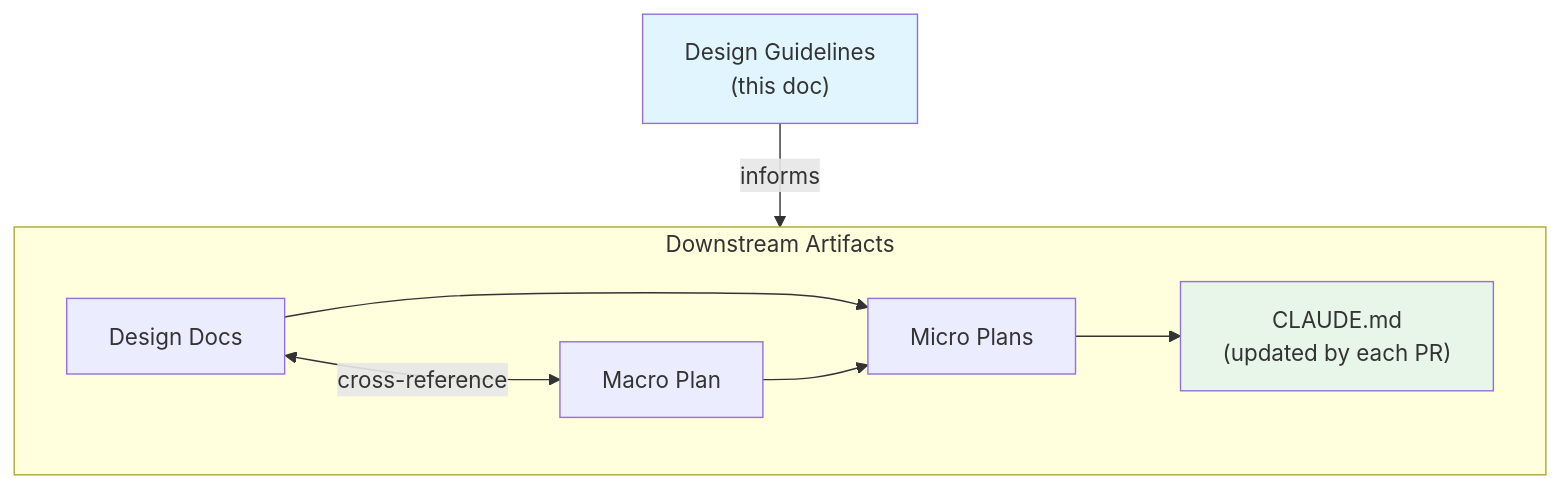
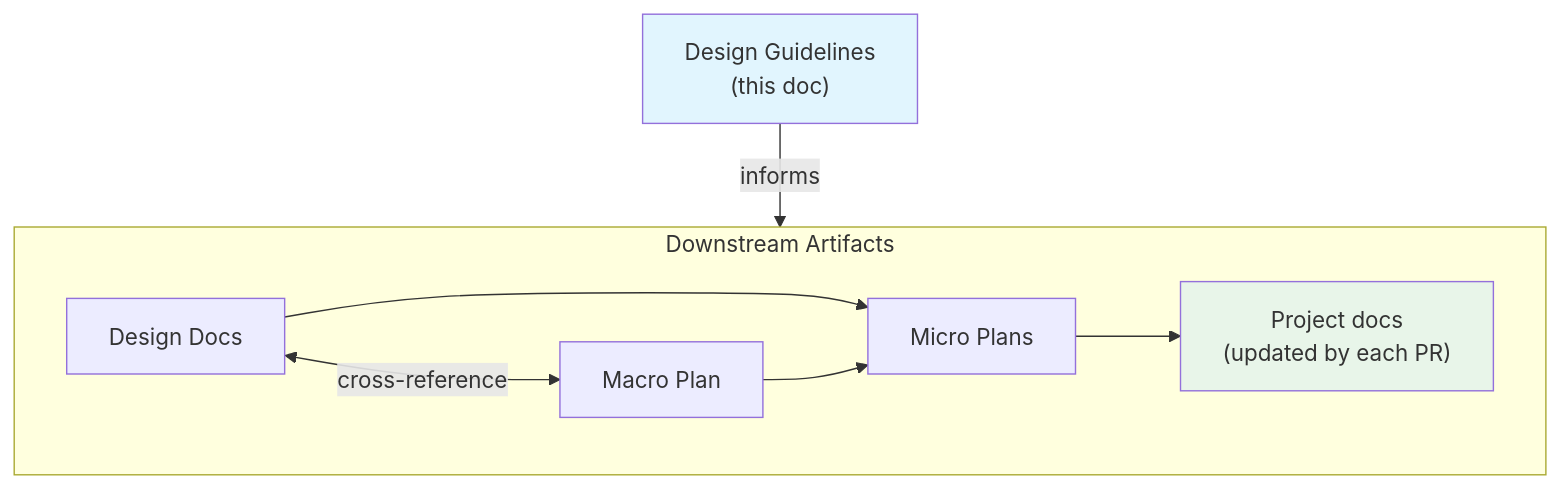
One commit to inference-sim/inference-sim changed the first of 2 diagrams in docs/contributing/templates/design-guidelines.md. Above: the diagram before and after it, drawn with Mermaid. The commit also changed other lines of this file and 51 other files, not shown here.

````diff
--- a/docs/contributing/templates/design-guidelines.md
+++ b/docs/contributing/templates/design-guidelines.md
@@ -25,14 +25,14 @@
 ```mermaid
 flowchart TD
     DG["Design Guidelines<br/>(this doc)"] -->|informs| Downstream
 
     subgraph Downstream ["Downstream Artifacts"]
         DD["Design Docs"] <-->|cross-reference| MP["Macro Plan"]
         DD --> MiP["Micro Plans"]
         MP --> MiP
-        MiP --> CM["CLAUDE.md<br/>(updated by each PR)"]
+        MiP --> CM["Project docs<br/>(updated by each PR)"]
     end
 
     style DG fill:#e1f5fe
     style CM fill:#e8f5e9
 ```
````
